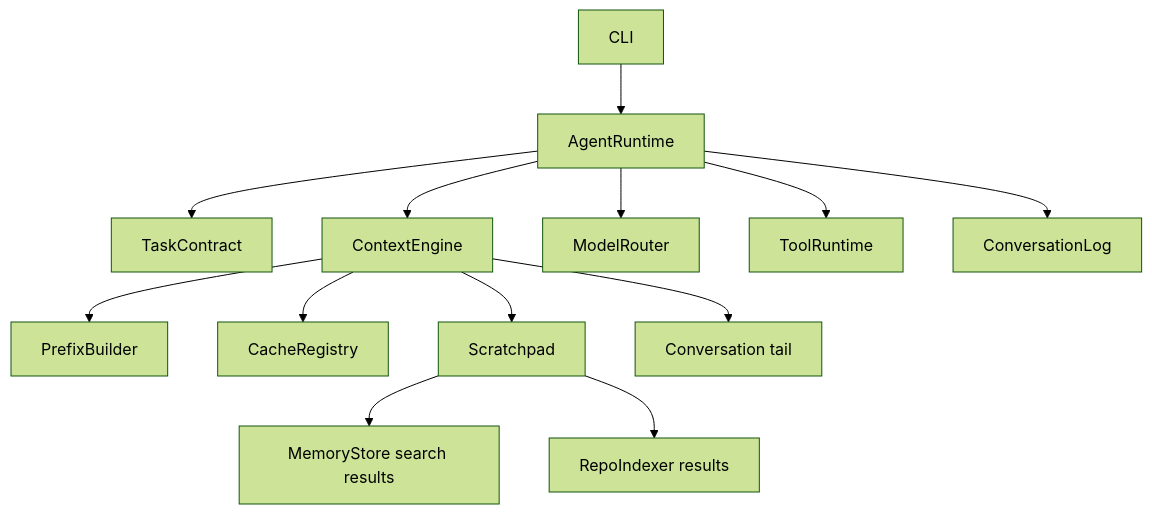
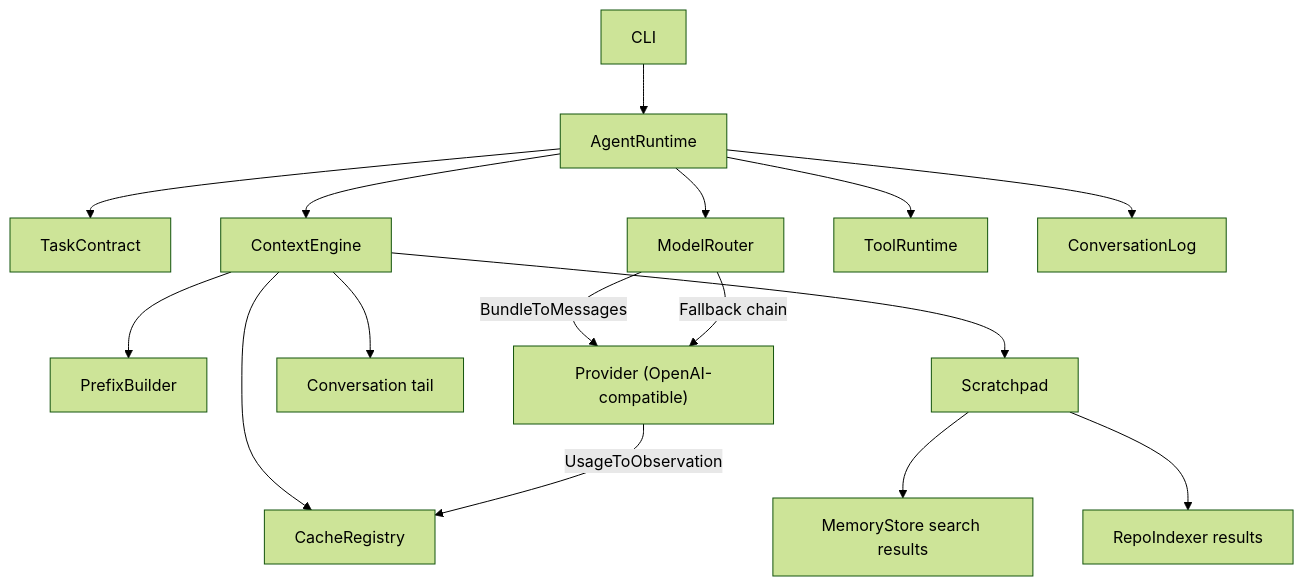
The diagram in docs/architecture.md (yupeipei77-eng/MimoNeko-TUI), drawn with Mermaid (forest theme) before and after one commit. The commit also changed other lines of this file and 18 other files, not shown here.

````diff
--- a/docs/architecture.md
+++ b/docs/architecture.md
@@ -44,15 +45,18 @@
 ```mermaid
 flowchart TD
   CLI["CLI"] --> Agent["AgentRuntime"]
   Agent --> Task["TaskContract"]
   Agent --> Ctx["ContextEngine"]
   Agent --> Model["ModelRouter"]
   Agent --> Tools["ToolRuntime"]
   Agent --> Log["ConversationLog"]
   Ctx --> Prefix["PrefixBuilder"]
   Ctx --> Cache["CacheRegistry"]
   Ctx --> Scratch["Scratchpad"]
   Ctx --> ConvTail["Conversation tail"]
   Scratch --> Memory["MemoryStore search results"]
   Scratch --> Repo["RepoIndexer results"]
+  Model --> |"BundleToMessages"| Provider["Provider (OpenAI-compatible)"]
+  Model --> |"Fallback chain"| Provider
+  Provider --> |"UsageToObservation"| Cache
 ```
````
